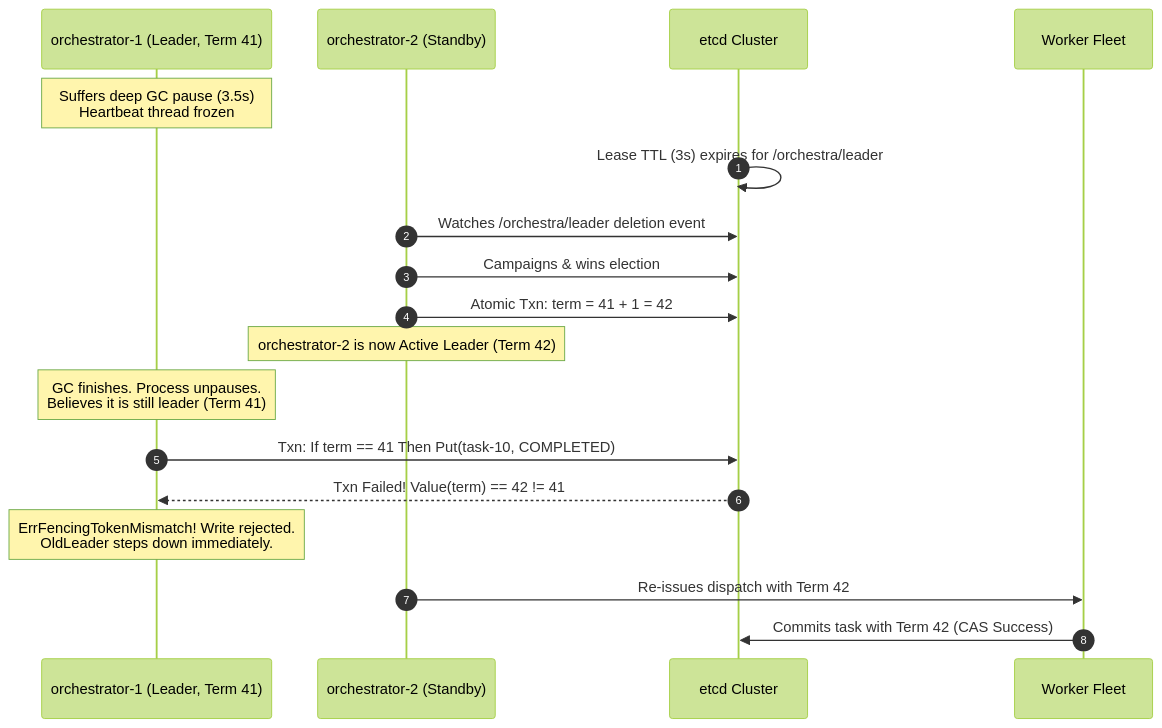
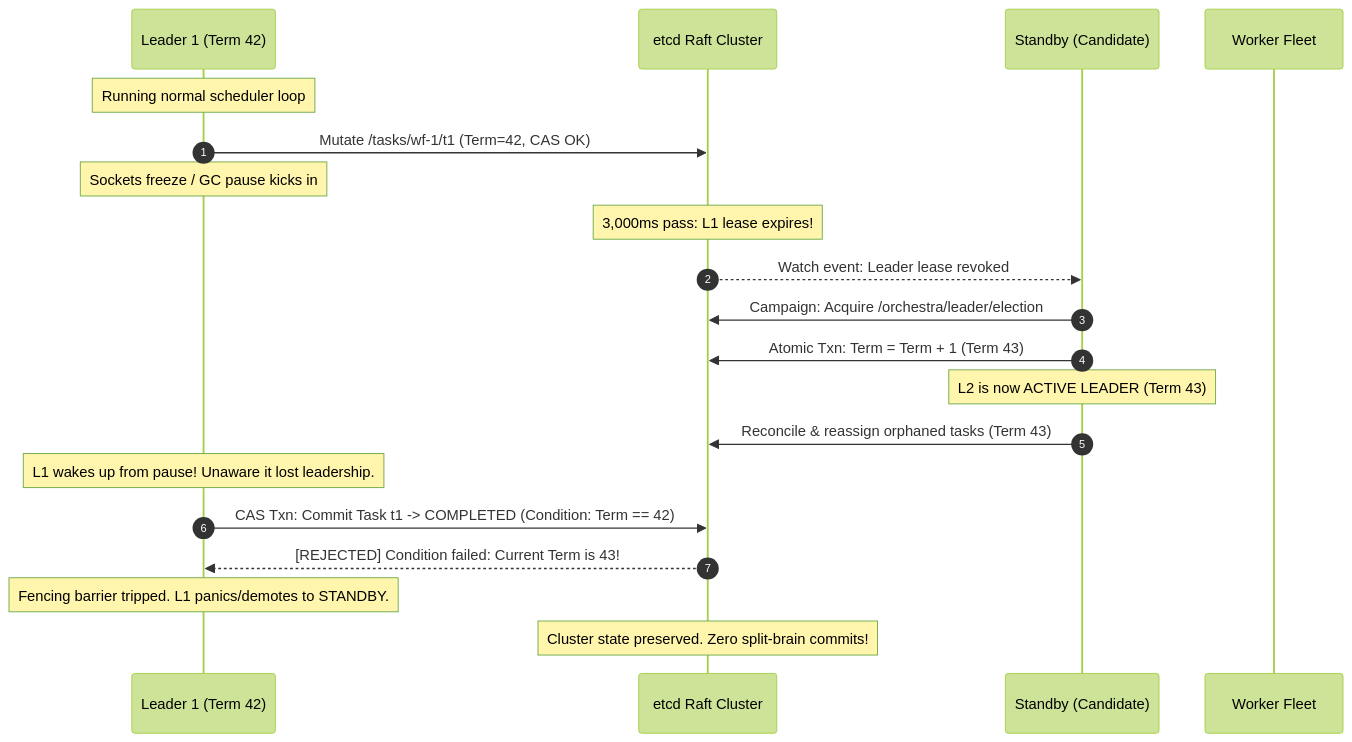
One commit to OmWattamwar2911/orchestra changed the fourth of 4 diagrams in README.md. Above: the diagram before and after it, drawn with Mermaid (forest theme). The commit also changed other lines of this file and 40 other files, not shown here.

````diff
--- a/README.md
+++ b/README.md
@@ -151,23 +188,24 @@
 ```mermaid
 sequenceDiagram
     autonumber
-    participant OldLeader as orchestrator-1 (Leader, Term 41)
-    participant Standby as orchestrator-2 (Standby)
-    participant etcd as etcd Cluster
-    participant Workers as Worker Fleet
+    participant L1 as Leader 1 (Term 42)
+    participant etcd as etcd Raft Cluster
+    participant L2 as Standby (Candidate)
+    participant W as Worker Fleet
 
-    Note over OldLeader: Suffers deep GC pause (3.5s)<br/>Heartbeat thread frozen
-    etcd->>etcd: Lease TTL (3s) expires for /orchestra/leader
-    Standby->>etcd: Watches /orchestra/leader deletion event
-    Standby->>etcd: Campaigns & wins election
-    Standby->>etcd: Atomic Txn: term = 41 + 1 = 42
-    Note over Standby: orchestrator-2 is now Active Leader (Term 42)
-
-    Note over OldLeader: GC finishes. Process unpauses.<br/>Believes it is still leader (Term 41)
-    OldLeader->>etcd: Txn: If term == 41 Then Put(task-10, COMPLETED)
-    etcd-->>OldLeader: Txn Failed! Value(term) == 42 != 41
-    Note over OldLeader: ErrFencingTokenMismatch! Write rejected.<br/>OldLeader steps down immediately.
+    Note over L1: Running normal scheduler loop
+    L1->>etcd: Mutate /tasks/wf-1/t1 (Term=42, CAS OK)
+    Note over L1: Sockets freeze / GC pause kicks in
+    Note over etcd: 3,000ms pass: L1 lease expires!
+    etcd-->>L2: Watch event: Leader lease revoked
+    L2->>etcd: Campaign: Acquire /orchestra/leader/election
+    L2->>etcd: Atomic Txn: Term = Term + 1 (Term 43)
+    Note over L2: L2 is now ACTIVE LEADER (Term 43)
+    L2->>etcd: Reconcile & reassign orphaned tasks (Term 43)
     
-    Standby->>Workers: Re-issues dispatch with Term 42
-    Workers->>etcd: Commits task with Term 42 (CAS Success)
+    Note over L1: L1 wakes up from pause! Unaware it lost leadership.
+    L1->>etcd: CAS Txn: Commit Task t1 -> COMPLETED (Condition: Term == 42)
+    etcd-->>L1: [REJECTED] Condition failed: Current Term is 43!
+    Note over L1: Fencing barrier tripped. L1 panics/demotes to STANDBY.
+    Note over etcd: Cluster state preserved. Zero split-brain commits!
 ```
````
